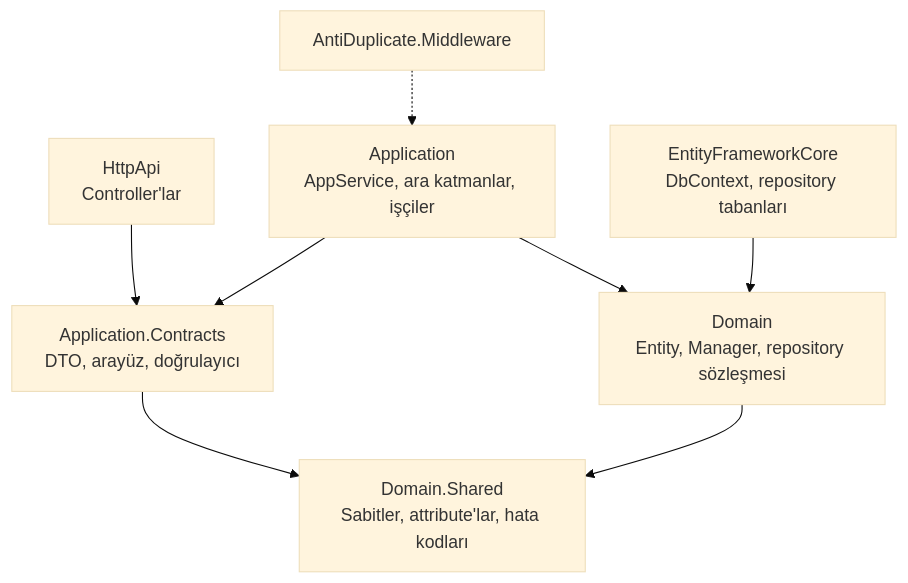
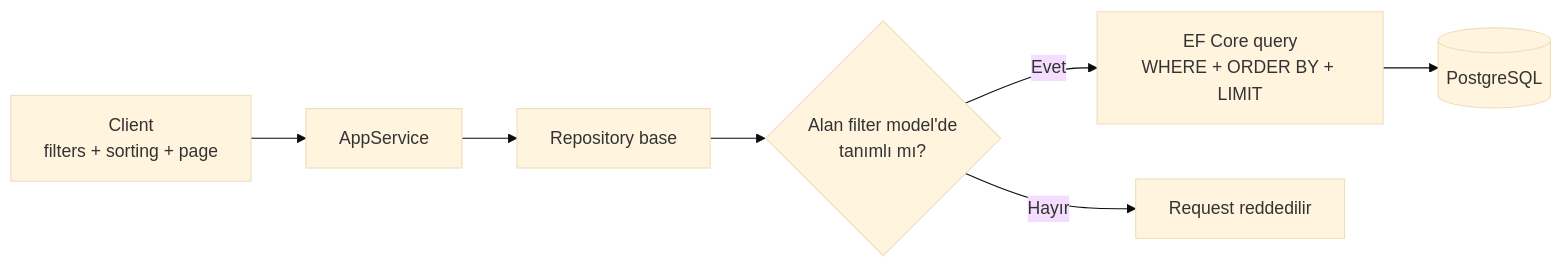
One commit to mertbyd/byd-core-extensions-api changed the third of 7 diagrams in README.md. Above: the diagram before and after it, drawn with Mermaid (base theme). The commit also changed other lines of this file, not shown here.

````diff
--- a/README.md
+++ b/README.md
@@ -60,10 +66,9 @@
 ```mermaid
-flowchart TB
-    HttpApi[HttpApi<br/>Controller'lar] --> AppContracts[Application.Contracts<br/>DTO, arayüz, doğrulayıcı]
-    Application[Application<br/>AppService, ara katmanlar, işçiler] --> AppContracts
-    Application --> Domain
-    AppContracts --> DomainShared
-    Domain[Domain<br/>Entity, Manager, repository sözleşmesi] --> DomainShared[Domain.Shared<br/>Sabitler, attribute'lar, hata kodları]
-    EFCore[EntityFrameworkCore<br/>DbContext, repository tabanları] --> Domain
-    AntiDup[AntiDuplicate.Middleware] -.-> Application
+flowchart LR
+    C[Client<br/>filters + sorting + page] --> A[AppService]
+    A --> R[Repository base]
+    R --> W{Alan filter model'de<br/>tanımlı mı?}
+    W -- Evet --> Q[EF Core query<br/>WHERE + ORDER BY + LIMIT]
+    W -- Hayır --> E[Request reddedilir]
+    Q --> DB[(PostgreSQL)]
 ```
````
